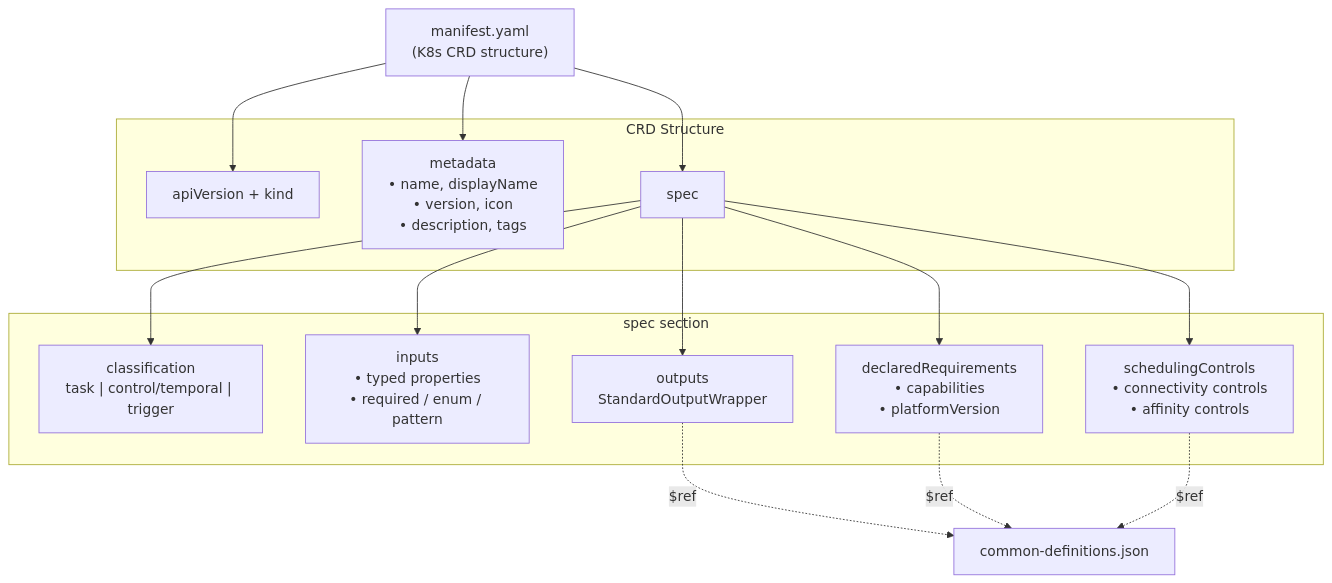
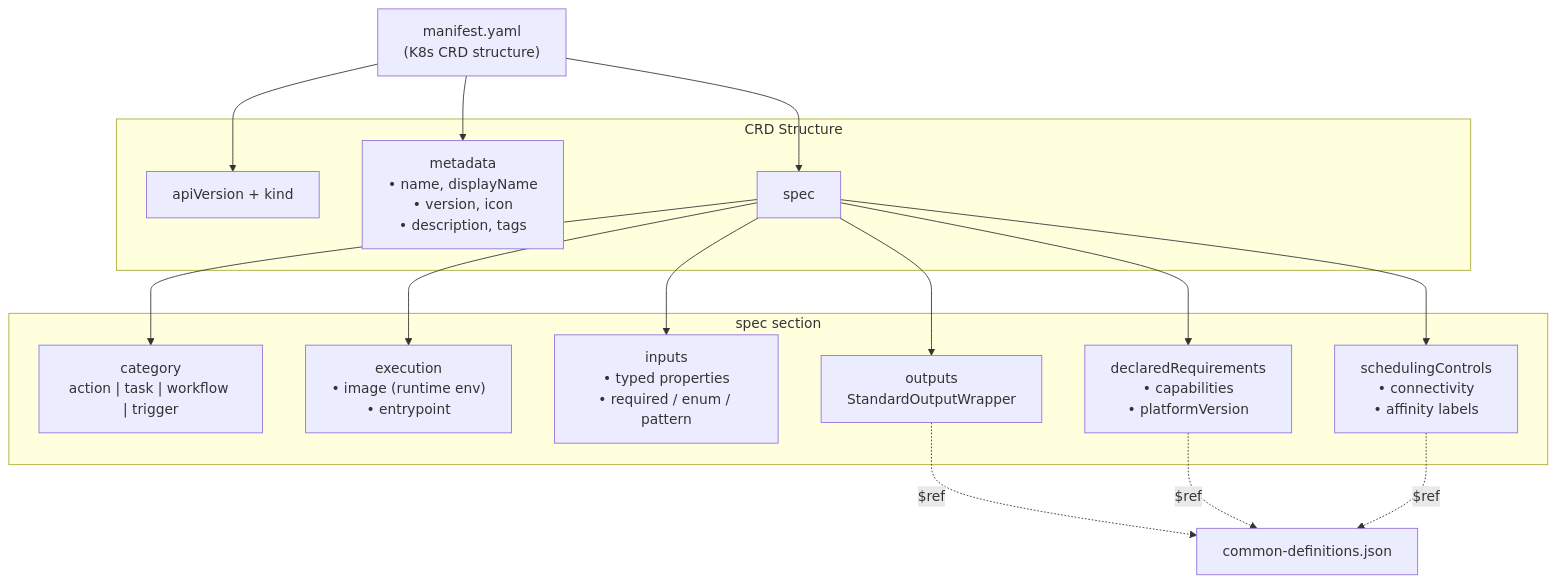
One commit to syntara-orchestration/syntara-node-sdk changed the second of 6 diagrams in docs/architecture.md. Above: the diagram before and after it, drawn with Mermaid. The commit also changed other lines of this file and 27 other files, not shown here.

````diff
--- a/docs/architecture.md
+++ b/docs/architecture.md
@@ -219,31 +221,33 @@
 ```mermaid
 graph TB
     MANIFEST["manifest.yaml<br/>(K8s CRD structure)"]
 
     subgraph CRD["CRD Structure"]
         API["apiVersion + kind"]
         META["metadata<br/>• name, displayName<br/>• version, icon<br/>• description, tags"]
         SPEC["spec"]
     end
 
     subgraph SPEC_CONTENTS["spec section"]
-        CLASS["classification<br/>task | control/temporal | trigger"]
+        CLASS["category<br/>action | task | workflow | trigger"]
+        EXEC["execution<br/>• image (runtime env)<br/>• entrypoint"]
         INPUTS["inputs<br/>• typed properties<br/>• required / enum / pattern"]
         OUTPUTS["outputs<br/>StandardOutputWrapper"]
         REQS["declaredRequirements<br/>• capabilities<br/>• platformVersion"]
-        SCHED["schedulingControls<br/>• connectivity controls<br/>• affinity controls"]
+        SCHED["schedulingControls<br/>• connectivity<br/>• affinity labels"]
     end
 
     MANIFEST --> API
     MANIFEST --> META
     MANIFEST --> SPEC
     SPEC --> CLASS
+    SPEC --> EXEC
     SPEC --> INPUTS
     SPEC --> OUTPUTS
     SPEC --> REQS
     SPEC --> SCHED
 
     OUTPUTS -.->|$ref| CD["common-definitions.json"]
     REQS -.->|$ref| CD
     SCHED -.->|$ref| CD
 ```
````
